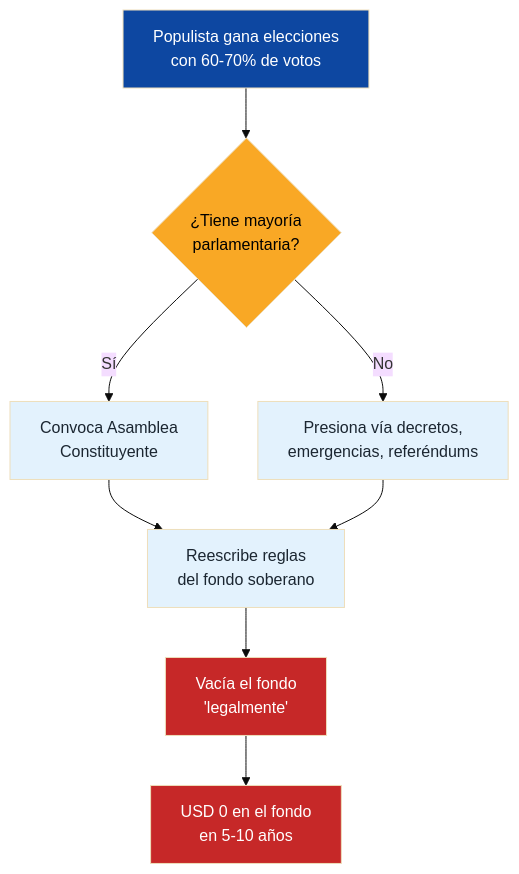
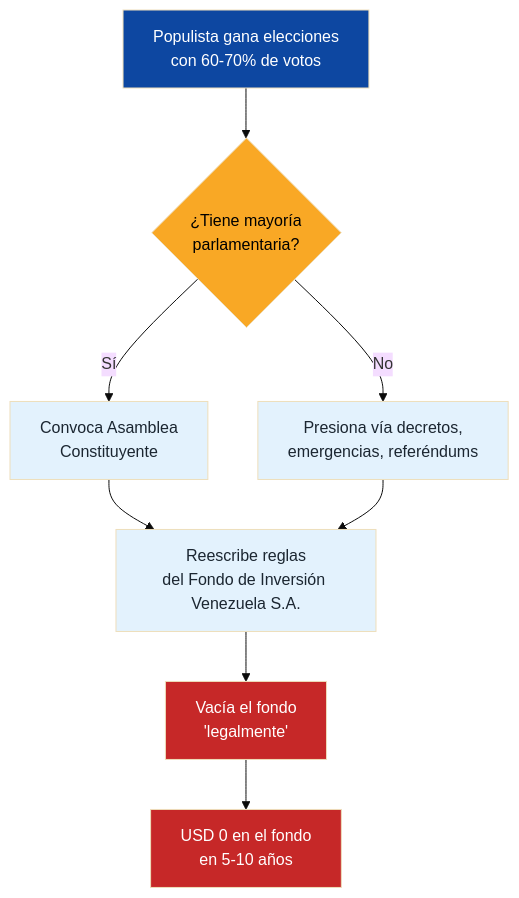
Before and after one commit to Venezuela-S-A/venezuela-sa: the fourth of 5 diagrams in docs/02-motor-financiero/fondo-soberano.md, drawn with Mermaid (base theme). The commit also changed other lines of this file and 33 other files, not shown here.

First line of the commit message:
refactor: rename 'fondo soberano' to 'Fondo de Inversión Venezuela S.A.'

````diff
--- a/docs/02-motor-financiero/fondo-soberano.md
+++ b/docs/02-motor-financiero/fondo-soberano.md
@@ -251,19 +251,19 @@
 ```mermaid
 flowchart TD
     A["Populista gana elecciones<br/>con 60-70% de votos"] --> B{"¿Tiene mayoría<br/>parlamentaria?"}
     B -->|Sí| C["Convoca Asamblea<br/>Constituyente"]
-    C --> D["Reescribe reglas<br/>del fondo soberano"]
+    C --> D["Reescribe reglas<br/>del Fondo de Inversión Venezuela S.A."]
     D --> E["Vacía el fondo<br/>'legalmente'"]
     B -->|No| F["Presiona vía decretos,<br/>emergencias, referéndums"]
     F --> D
 
     E --> G["USD 0 en el fondo<br/>en 5-10 años"]
 
     style A fill:#0D47A1,color:#fff
     style B fill:#F9A825,color:#000
     style C fill:#E3F2FD,color:#1B2631
     style D fill:#E3F2FD,color:#1B2631
     style F fill:#E3F2FD,color:#1B2631
     style E fill:#C62828,color:#fff
     style G fill:#C62828,color:#fff
 ```
````
